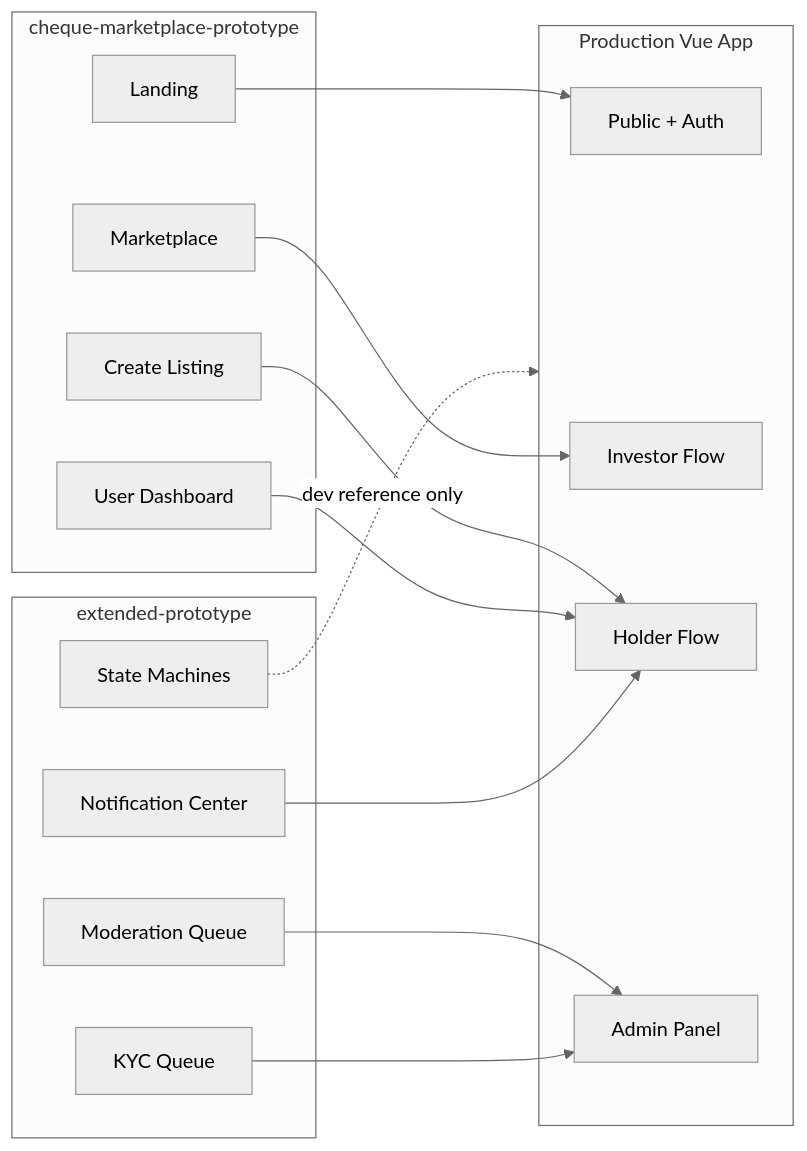
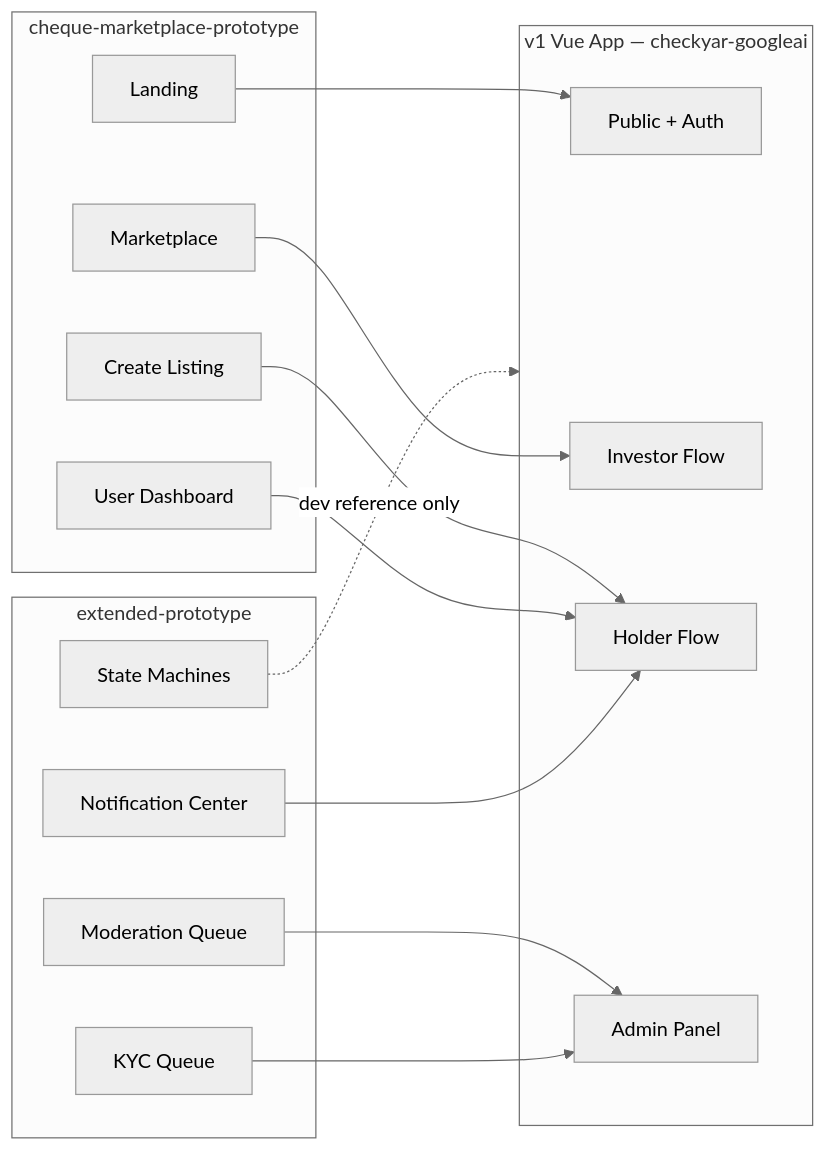
The first of 2 diagrams in docs/plans/cheque_marketplace_phases.md (alamalhoda/doion), drawn with Mermaid (neutral theme) before and after one commit. The commit also changed other lines of this file and 17 other files, not shown here.

````diff
--- a/docs/plans/cheque_marketplace_phases.md
+++ b/docs/plans/cheque_marketplace_phases.md
@@ -47,29 +55,29 @@
 ```mermaid
 flowchart LR
   subgraph proto1 [cheque-marketplace-prototype]
     Landing[Landing]
     Marketplace[Marketplace]
     CreateListing[Create Listing]
     UserDash[User Dashboard]
   end
   subgraph proto2 [extended-prototype]
     ModQueue[Moderation Queue]
     KycQueue[KYC Queue]
     NotifCenter[Notification Center]
     StateViz[State Machines]
   end
-  subgraph product [Production Vue App]
+  subgraph product [v1 Vue App — checkyar-googleai]
     PublicPages[Public + Auth]
     InvestorFlow[Investor Flow]
     HolderFlow[Holder Flow]
     AdminPanel[Admin Panel]
   end
   Landing --> PublicPages
   Marketplace --> InvestorFlow
   CreateListing --> HolderFlow
   UserDash --> HolderFlow
   ModQueue --> AdminPanel
   KycQueue --> AdminPanel
   NotifCenter --> HolderFlow
   StateViz -.->|dev reference only| product
 ```
````
